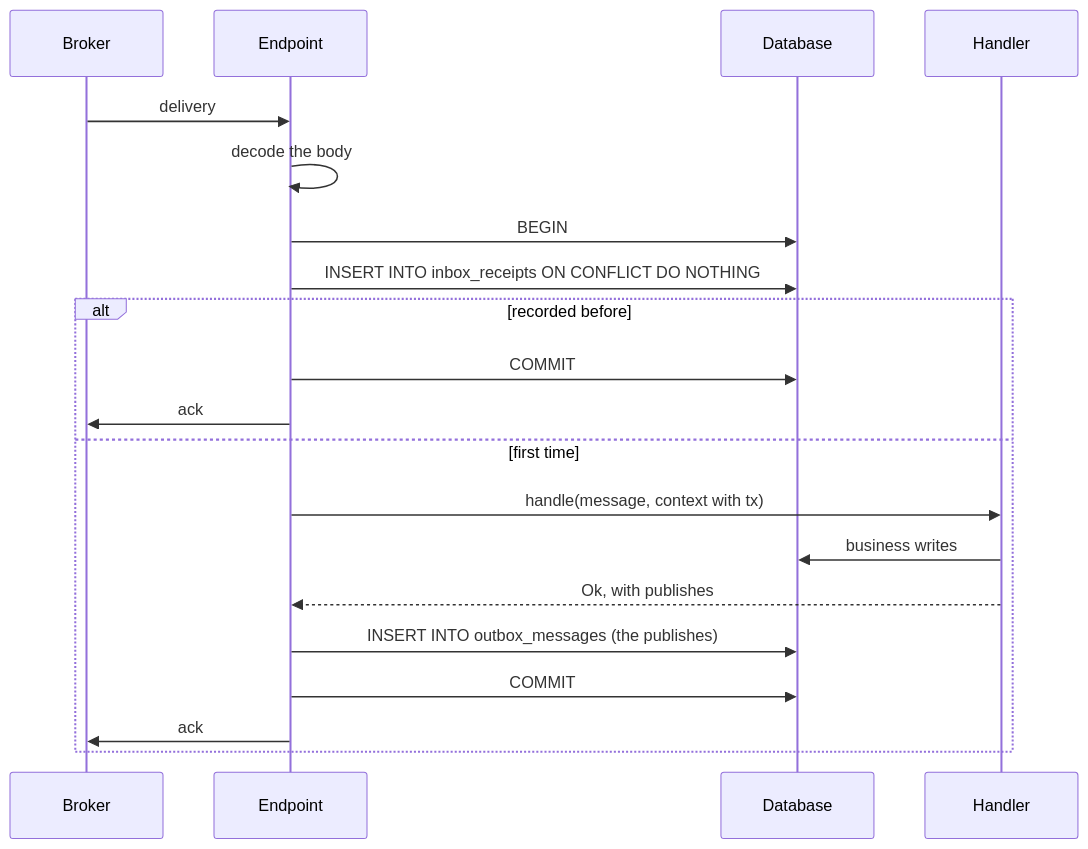
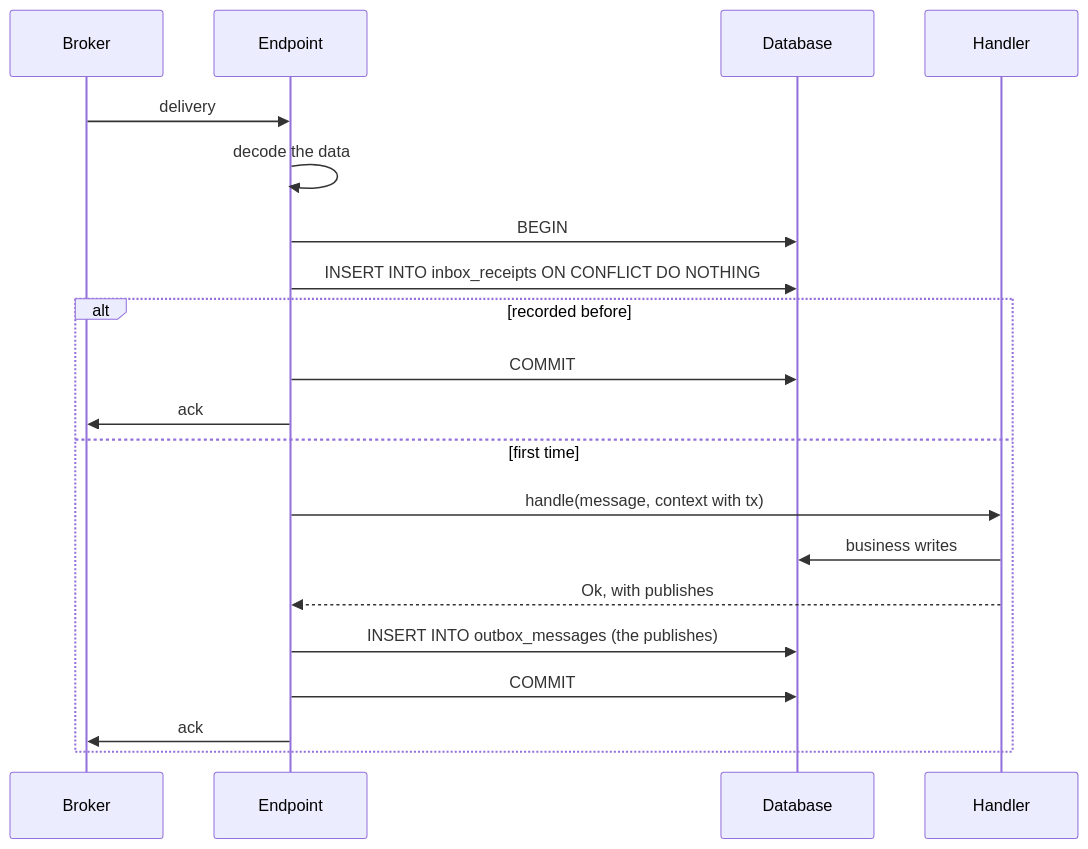
The third of 5 diagrams in docs/02-flows.md (sisaio/sisa-messaging-rs), drawn with Mermaid before and after one commit. The commit also changed other lines of this file and 4 other files, not shown here.

````diff
--- a/docs/02-flows.md
+++ b/docs/02-flows.md
@@ -47,22 +47,22 @@
 ```mermaid
 sequenceDiagram
     participant Broker
     participant Endpoint
     participant DB as Database
     participant Handler
     Broker->>Endpoint: delivery
-    Endpoint->>Endpoint: decode the body
+    Endpoint->>Endpoint: decode the data
     Endpoint->>DB: BEGIN
     Endpoint->>DB: INSERT INTO inbox_receipts ON CONFLICT DO NOTHING
     alt recorded before
         Endpoint->>DB: COMMIT
         Endpoint->>Broker: ack
     else first time
         Endpoint->>Handler: handle(message, context with tx)
         Handler->>DB: business writes
         Handler-->>Endpoint: Ok, with publishes
         Endpoint->>DB: INSERT INTO outbox_messages (the publishes)
         Endpoint->>DB: COMMIT
         Endpoint->>Broker: ack
     end
 ```
````
